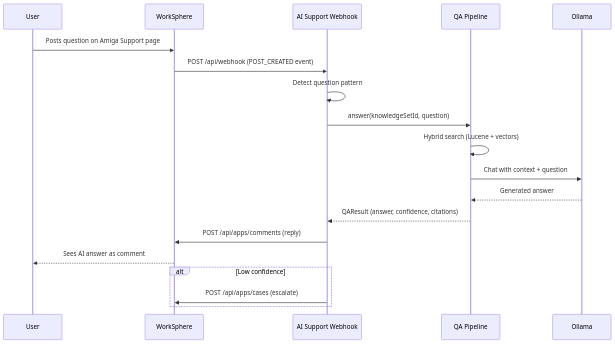
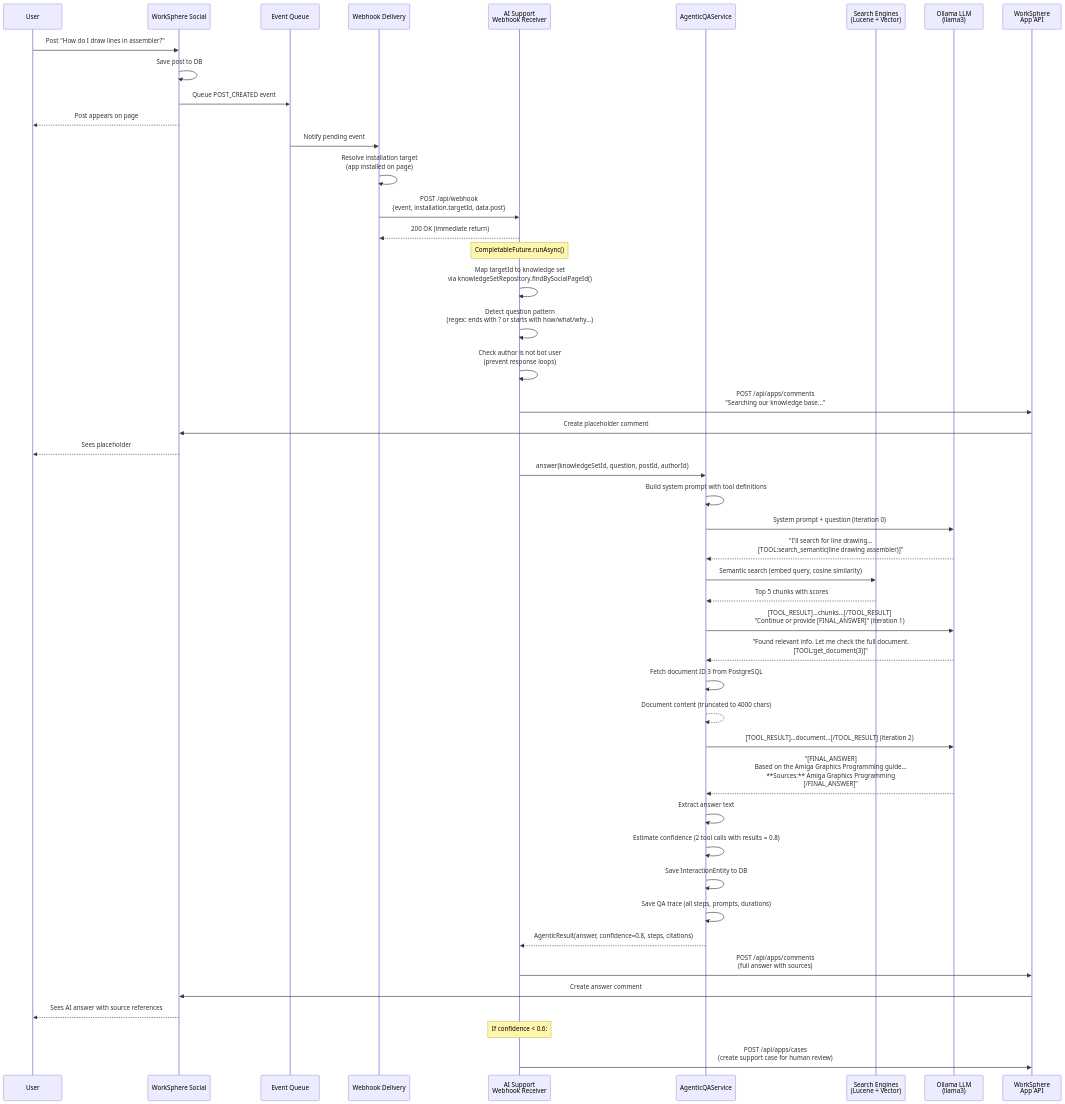
Before and after one commit to geekychris/enterprise_social_platform: the fourth of 11 diagrams in ai-support/README.md, drawn with Mermaid. The commit also changed other lines of this file, not shown here.

First line of the commit message:
Comprehensive AI Support architecture docs with mermaid diagrams

````diff
--- a/ai-support/README.md
+++ b/ai-support/README.md
@@ -115,23 +237,63 @@
 ```mermaid
 sequenceDiagram
     participant User
-    participant Social as WorkSphere
-    participant Webhook as AI Support Webhook
-    participant QA as QA Pipeline
-    participant LLM as Ollama
+    participant Social as WorkSphere Social
+    participant EventQ as Event Queue
+    participant Delivery as Webhook Delivery
+    participant WH as AI Support<br/>Webhook Receiver
+    participant Agentic as AgenticQAService
+    participant Search as Search Engines<br/>(Lucene + Vector)
+    participant LLM as Ollama LLM<br/>(llama3)
+    participant AppAPI as WorkSphere<br/>App API
 
-    User->>Social: Posts question on Amiga Support page
-    Social->>Webhook: POST /api/webhook (POST_CREATED event)
-    Webhook->>Webhook: Detect question pattern
-    Webhook->>QA: answer(knowledgeSetId, question)
-    QA->>QA: Hybrid search (Lucene + vectors)
-    QA->>LLM: Chat with context + question
-    LLM-->>QA: Generated answer
-    QA-->>Webhook: QAResult (answer, confidence, citations)
-    Webhook->>Social: POST /api/apps/comments (reply)
-    Social-->>User: Sees AI answer as comment
+    User->>Social: Post "How do I draw lines in assembler?"
+    Social->>Social: Save post to DB
+    Social->>EventQ: Queue POST_CREATED event
+    Social-->>User: Post appears on page
 
-    alt Low confidence
-        Webhook->>Social: POST /api/apps/cases (escalate)
-    end
+    EventQ->>Delivery: Notify pending event
+    Delivery->>Delivery: Resolve installation target<br/>(app installed on page)
+    Delivery->>WH: POST /api/webhook<br/>{event, installation.targetId, data.post}
+    WH-->>Delivery: 200 OK (immediate return)
+
+    Note over WH: CompletableFuture.runAsync()
+
+    WH->>WH: Map targetId to knowledge set<br/>via knowledgeSetRepository.findBySocialPageId()
+    WH->>WH: Detect question pattern<br/>(regex: ends with ? or starts with how/what/why...)
+    WH->>WH: Check author is not bot user<br/>(prevent response loops)
+
+    WH->>AppAPI: POST /api/apps/comments<br/>"Searching our knowledge base..."
+    AppAPI->>Social: Create placeholder comment
+    Social-->>User: Sees placeholder
+
+    WH->>Agentic: answer(knowledgeSetId, question, postId, authorId)
+    Agentic->>Agentic: Build system prompt with tool definitions
+
+    Agentic->>LLM: System prompt + question (iteration 0)
+    LLM-->>Agentic: "I'll search for line drawing...<br/>[TOOL:search_semantic(line drawing assembler)]"
+
+    Agentic->>Search: Semantic search (embed query, cosine similarity)
+    Search-->>Agentic: Top 5 chunks with scores
+
+    Agentic->>LLM: [TOOL_RESULT]...chunks...[/TOOL_RESULT]<br/>"Continue or provide [FINAL_ANSWER]" (iteration 1)
+    LLM-->>Agentic: "Found relevant info. Let me check the full document.<br/>[TOOL:get_document(3)]"
+
+    Agentic->>Agentic: Fetch document ID 3 from PostgreSQL
+    Agentic-->>Agentic: Document content (truncated to 4000 chars)
+
+    Agentic->>LLM: [TOOL_RESULT]...document...[/TOOL_RESULT] (iteration 2)
+    LLM-->>Agentic: "[FINAL_ANSWER]<br/>Based on the Amiga Graphics Programming guide...<br/>**Sources:** Amiga Graphics Programming<br/>[/FINAL_ANSWER]"
+
+    Agentic->>Agentic: Extract answer text
+    Agentic->>Agentic: Estimate confidence (2 tool calls with results = 0.8)
+    Agentic->>Agentic: Save InteractionEntity to DB
+    Agentic->>Agentic: Save QA trace (all steps, prompts, durations)
+    Agentic-->>WH: AgenticResult(answer, confidence=0.8, steps, citations)
+
+    WH->>AppAPI: POST /api/apps/comments<br/>(full answer with sources)
+    AppAPI->>Social: Create answer comment
+    Social-->>User: Sees AI answer with source references
+
+    Note over WH: If confidence < 0.6:
+    WH->>AppAPI: POST /api/apps/cases<br/>(create support case for human review)
 ```
````
